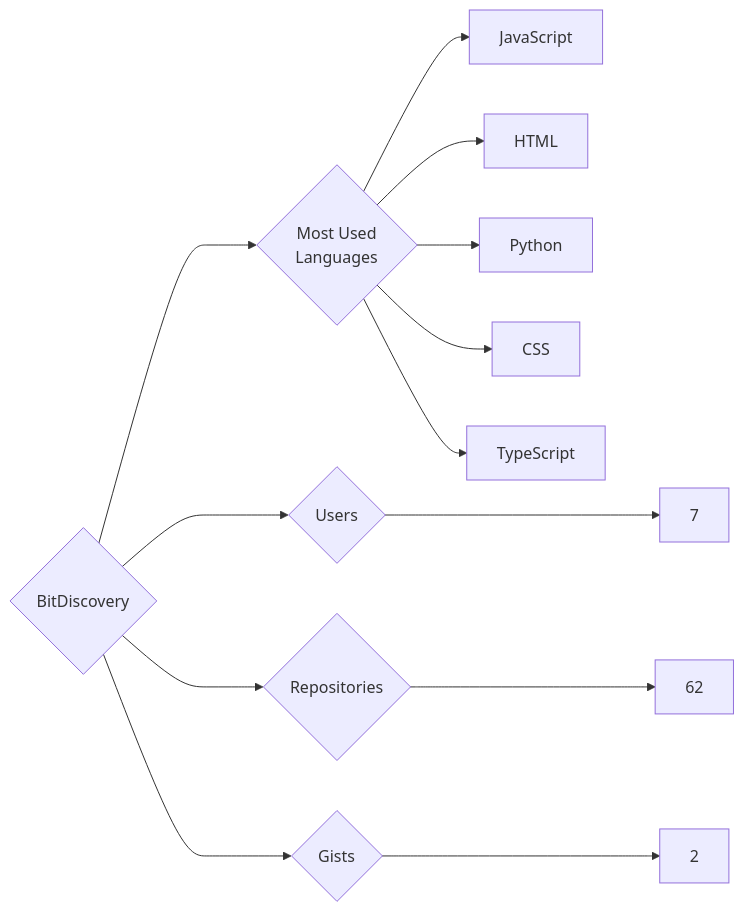
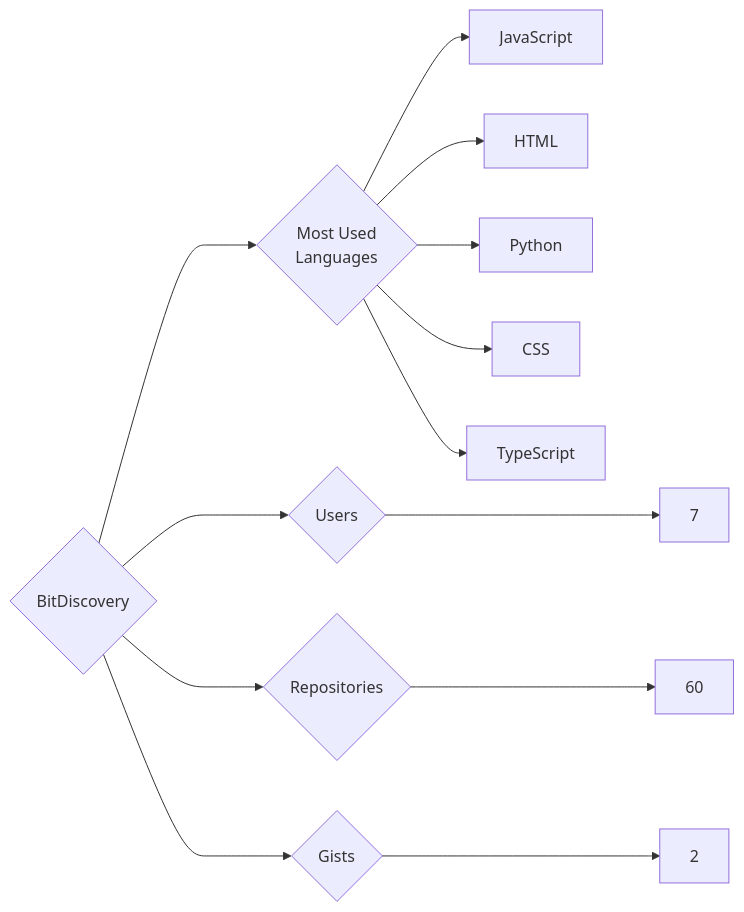
One commit to trickest/insiders changed the diagram in targets/BitDiscovery/README.md. Above: the diagram before and after it, drawn with Mermaid. The commit also changed 865 other files, not shown here.

````diff
--- a/targets/BitDiscovery/README.md
+++ b/targets/BitDiscovery/README.md
@@ -3,13 +3,13 @@
 ```mermaid
 graph LR
 COMPANY_NAME{BitDiscovery}
 COMPANY_NAME ---> U{Users} ---> UN[7]
-COMPANY_NAME ---> R{Repositories} ---> RN[62]
+COMPANY_NAME ---> R{Repositories} ---> RN[60]
 COMPANY_NAME ---> G{Gists} ---> GN[2]
 COMPANY_NAME ---> ML{Most Used<br>Languages}
 ML --> JavaScript[JavaScript]
 ML --> HTML[HTML]
 ML --> Python[Python]
 ML --> CSS[CSS]
 ML --> TypeScript[TypeScript]
 ```
````
